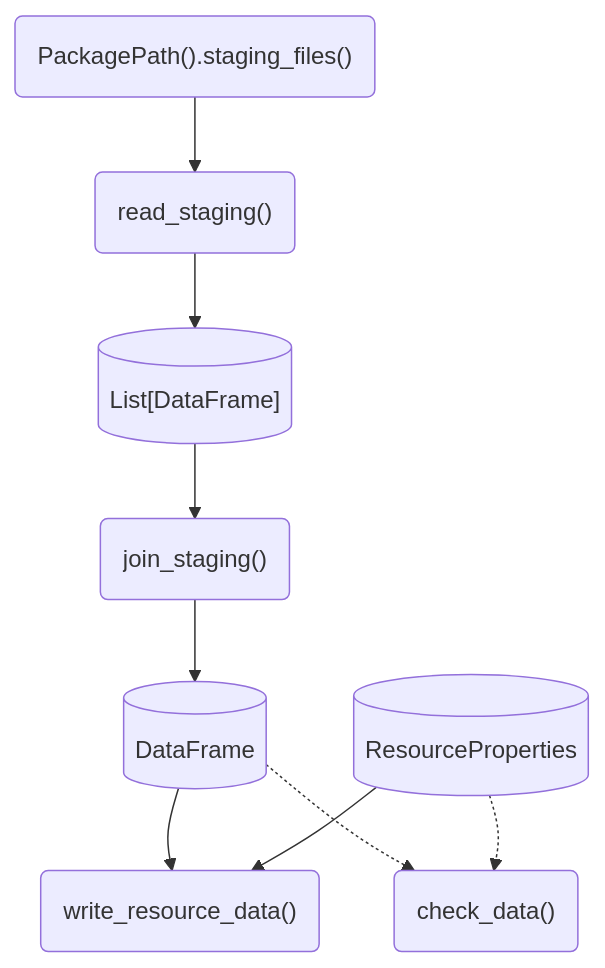
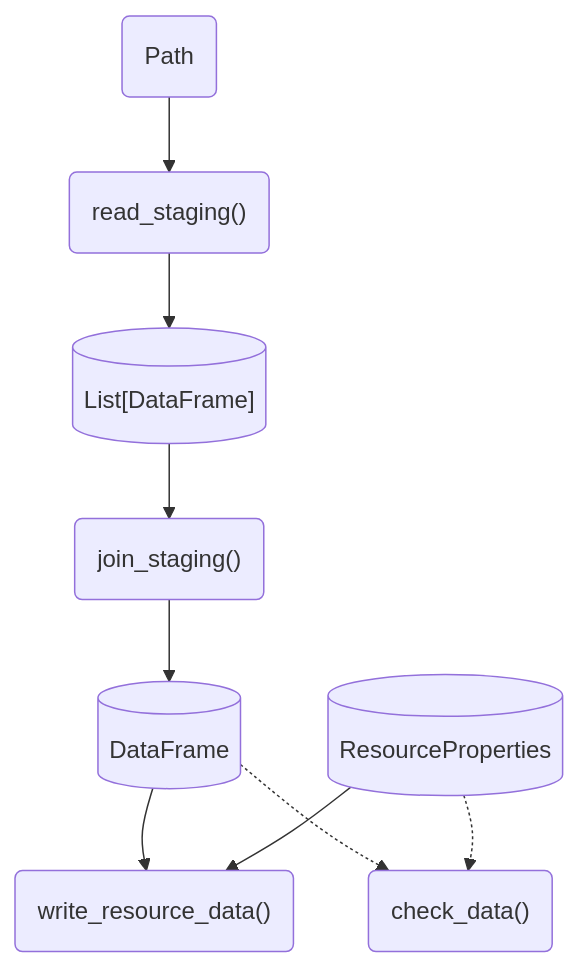
One commit to seedcase-project/seedcase-sprout changed the third of 4 diagrams in docs/design/interface/flows.qmd. Above: the diagram before and after it, drawn with Mermaid. The commit also changed other lines of this file and 3 other files, not shown here.

````diff
--- a/docs/design/interface/flows.qmd
+++ b/docs/design/interface/flows.qmd
@@ -100,26 +100,26 @@
 ```{mermaid}
 %%| label: fig-flow-create-resource-data
 %%| fig-cap: >-
 %%|   Diagram showing the flow of objects and functions to create or re-create
 %%|   the resource data.
 %%| fig-alt: "A flow diagram showing the steps to create or re-create the resource data."
 
 flowchart
-    path_staging_files("PackagePath().staging_files()")
+    path("Path")
     read_staging("read_staging()")
     list_data[("List[DataFrame]")]
     join_staging("join_staging()")
     joined_data[(DataFrame)]
     write_resource_data("write_resource_data()")
     resource_properties[(ResourceProperties)]
     check_data("check_data()")
 
-    path_staging_files --> read_staging
+    path --> read_staging
     read_staging --> list_data
     list_data --> join_staging
     join_staging --> joined_data
     joined_data --> write_resource_data
     resource_properties --> write_resource_data
     joined_data -.-> check_data
     resource_properties -.-> check_data
 ```
````
